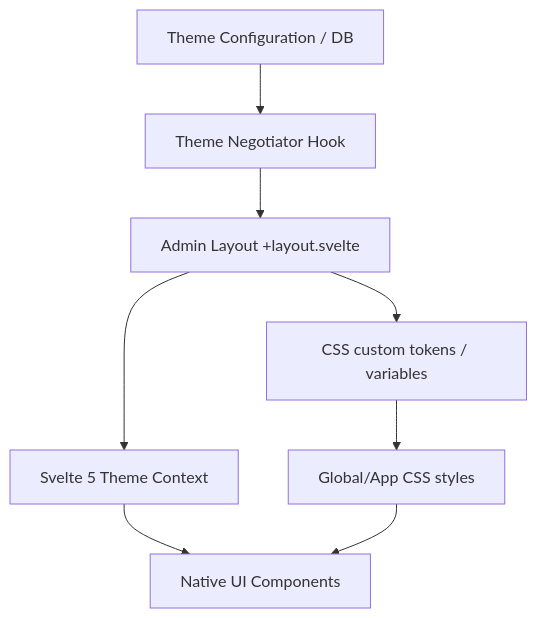
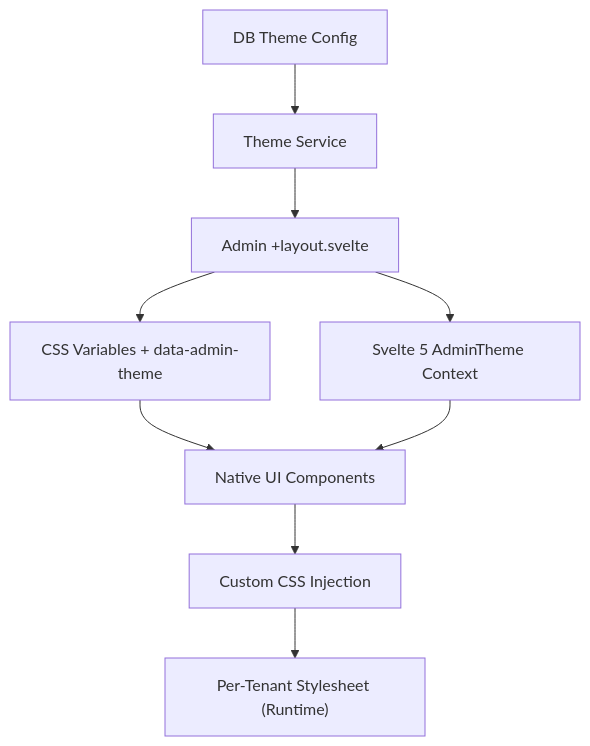
Before and after one commit to SveltyCMS/SveltyCMS: the diagram in docs/project/admin-theme-plan.mdx, drawn with Mermaid. The commit also changed other lines of this file and 65 other files, not shown here.

````diff
--- a/docs/project/admin-theme-plan.mdx
+++ b/docs/project/admin-theme-plan.mdx
@@ -31,10 +45,11 @@
 ```mermaid
 graph TD
-    A[Theme Configuration / DB] --> B[Theme Negotiator Hook]
-    B --> C[Admin Layout +layout.svelte]
-    C --> D[CSS custom tokens / variables]
-    C --> E[Svelte 5 Theme Context]
-    D --> F[Global/App CSS styles]
-    E --> G[Native UI Components]
-    F --> G
+    A[DB Theme Config] --> B[Theme Service]
+    B --> C["Admin +layout.svelte"]
+    C --> D["CSS Variables + data-admin-theme"]
+    C --> E[Svelte 5 AdminTheme Context]
+    D --> F[Native UI Components]
+    E --> F
+    F --> G[Custom CSS Injection]
+    G --> H["Per-Tenant Stylesheet (Runtime)"]
 ```
````
